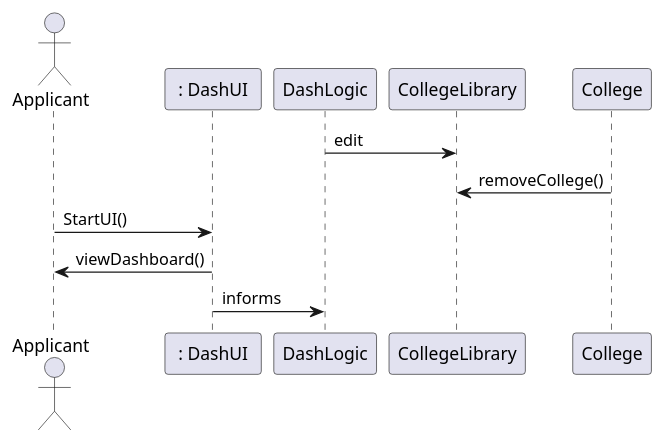
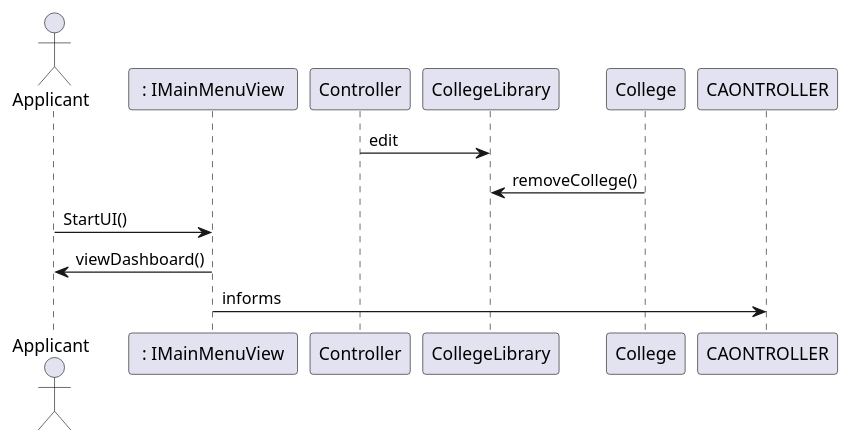
One commit to jlederer33/Essay-Review-App changed the second of 5 diagrams in intellij/doc/design.md. Above: the diagram before and after it, drawn with PlantUML. The commit also changed other lines of this file, not shown here.

Commit message:
DashLogic changed to Controller, DashUI  changed to IMainMenuView and added a class IEssayView.

````diff
--- a/intellij/doc/design.md
+++ b/intellij/doc/design.md
@@ -16,11 +16,11 @@
 ```plantuml
 actor Applicant as applicant
-participant " : DashUI " as DashUI
-DashLogic -> CollegeLibrary : edit
+participant " : IMainMenuView " as IMainMenuView
+Controller -> CollegeLibrary : edit
 CollegeLibrary <- College : removeCollege()
-applicant -> DashUI : StartUI()
-applicant <- DashUI : viewDashboard()
-DashUI-> DashLogic : informs
+applicant -> IMainMenuView : StartUI()
+applicant <- IMainMenuView : viewDashboard()
+IMainMenuView-> CAONTROLLER : informs
 
 
 ```
````
